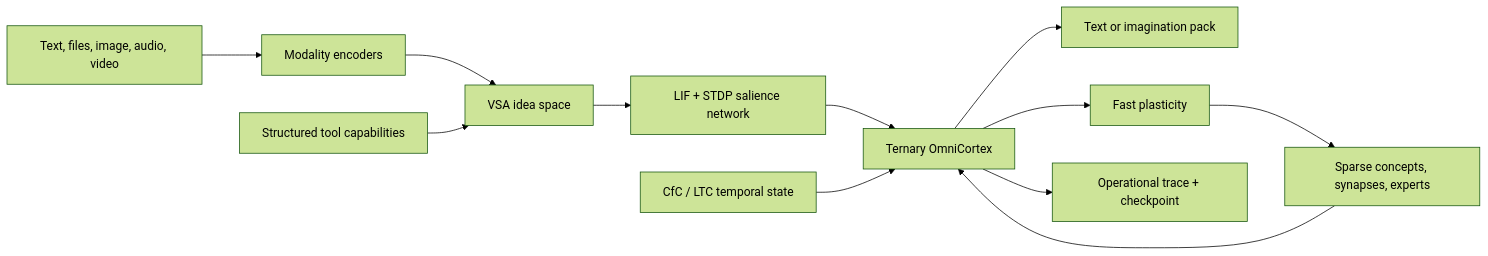
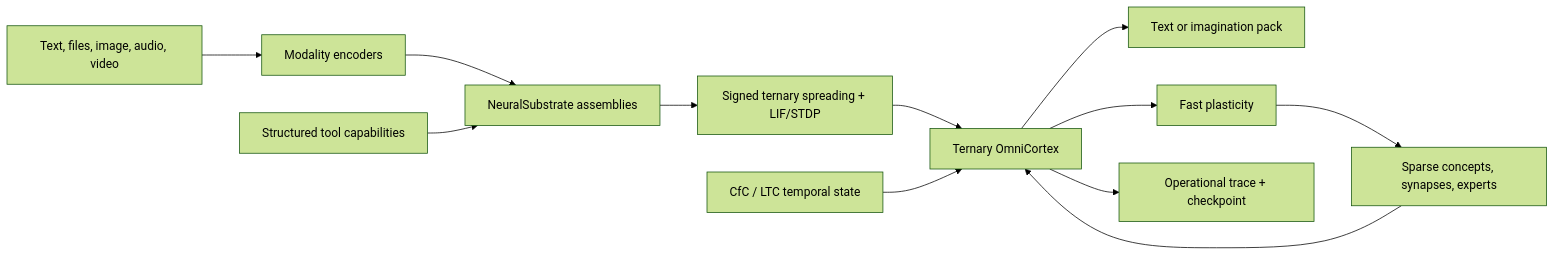
The diagram in README.md (Eabusham2/Omni-AGI), drawn with Mermaid (forest theme) before and after one commit. The commit also changed other lines of this file and 84 other files, not shown here.

Commit message:
Complete stable v1 adaptive brain architecture

````diff
--- a/README.md
+++ b/README.md
@@ -26,14 +30,14 @@
 ```mermaid
 flowchart LR
   I["Text, files, image, audio, video"] --> E["Modality encoders"]
-  E --> V["VSA idea space"]
+  E --> V["NeuralSubstrate assemblies"]
   K["Structured tool capabilities"] --> V
-  V --> S["LIF + STDP salience network"]
+  V --> S["Signed ternary spreading + LIF/STDP"]
   S --> C["Ternary OmniCortex"]
   L["CfC / LTC temporal state"] --> C
   C --> O["Text or imagination pack"]
   C --> P["Fast plasticity"]
   P --> G["Sparse concepts, synapses, experts"]
   G --> C
   C --> T["Operational trace + checkpoint"]
 ```
````
